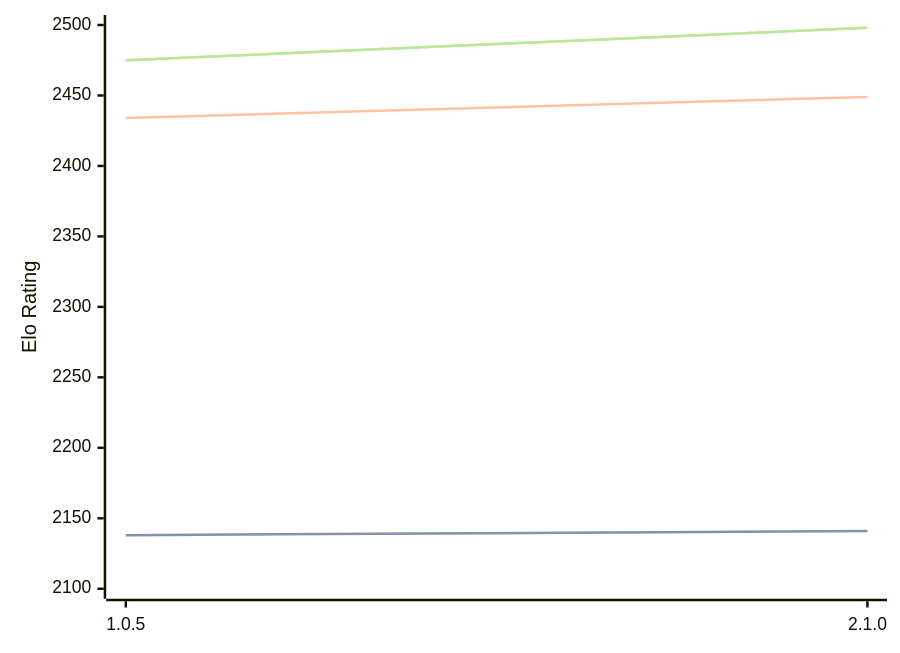
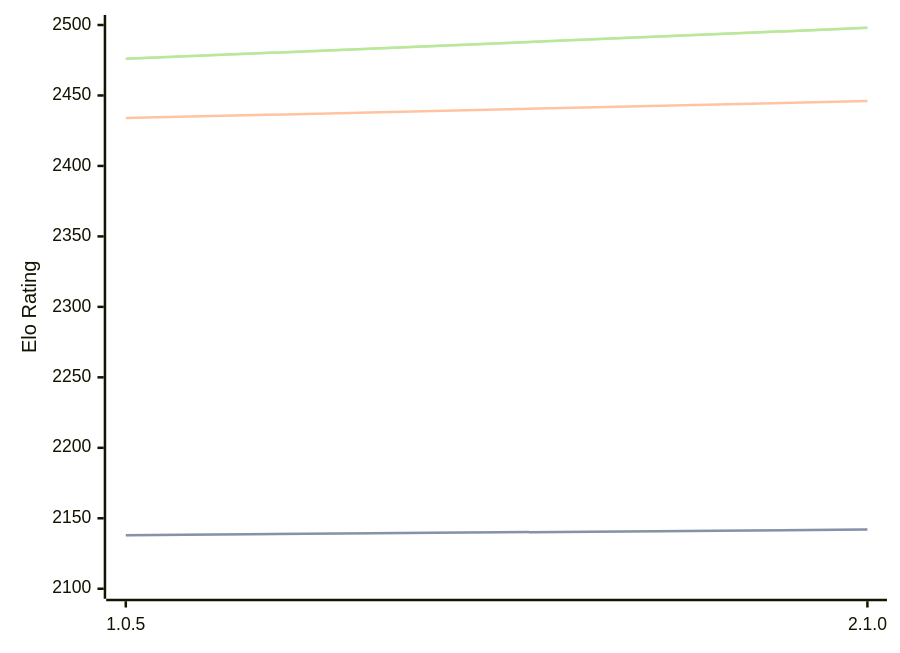
The diagram in engines/Ruffian.md (computer-chess-index/cci), drawn with Mermaid before and after one commit. The commit also changed other lines of this file, not shown here.

Commit message:
Update CCI Ratings (ELO VLTC) - 2026-05-22

````diff
--- a/engines/Ruffian.md
+++ b/engines/Ruffian.md
@@ -32,11 +32,11 @@
 ```mermaid
 %%{init: {"theme":"base","themeVariables":{"seriesColors:['#a3a3a3','#222221','#faa371']}}}%%
 xychart-beta
   x-axis ["1.0.5", "2.1.0"]
   y-axis "Elo Rating" 2100 --> 2500
-  line "STC (8.0+0.08s)" [2138, 2141]
-  line "STC (8.0+0.08s)" [2138, 2141]
-  line "LTC (60.0+0.60s)" [2434, 2449]
-  line "VLTC (2m24s+1.12s)" [2475, 2498]
-  line "VLTC (2m24s+1.12s)" [2475, 2498]
+  line "STC (8.0+0.08s)" [2138, 2142]
+  line "STC (8.0+0.08s)" [2138, 2142]
+  line "LTC (60.0+0.60s)" [2434, 2446]
+  line "VLTC (2m24s+1.12s)" [2476, 2498]
+  line "VLTC (2m24s+1.12s)" [2476, 2498]
 ```
````
